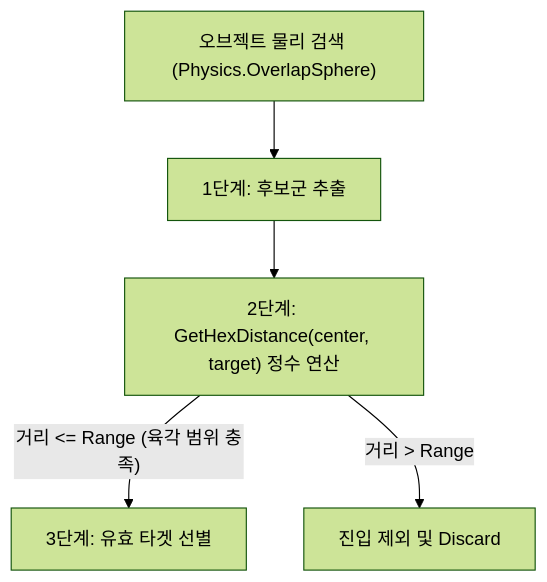
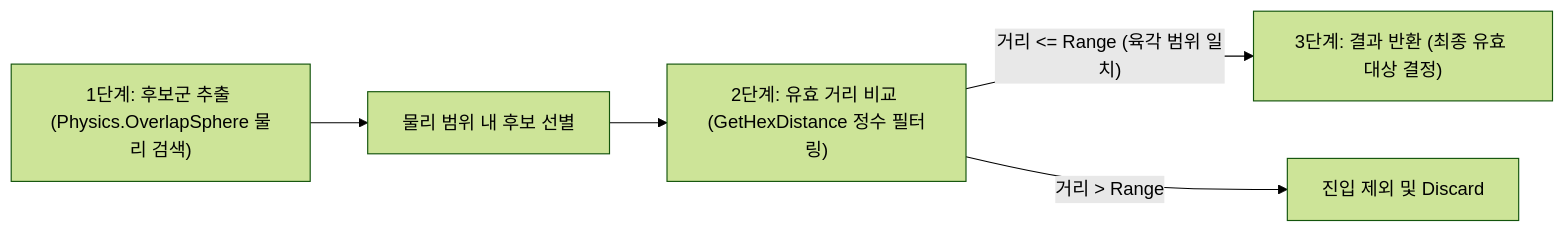
Before and after one commit to WhiteAppleKo/Portfolio: the fourth of 5 diagrams in portfolio/project4/README.md, drawn with Mermaid (forest theme). The commit also changed other lines of this file and 22 other files, not shown here.

````diff
--- a/portfolio/project4/README.md
+++ b/portfolio/project4/README.md
@@ -116,7 +238,7 @@
 ```mermaid
-flowchart TD
-    Start["오브젝트 물리 검색 (Physics.OverlapSphere)"] --> Candidates["1단계: 후보군 추출"]
-    Candidates --> DistanceFilter["2단계: GetHexDistance(center, target) 정수 연산"]
-    DistanceFilter -->|"거리 <= Range (육각 범위 충족)"| Match["3단계: 유효 타겟 선별"]
+flowchart LR
+    Start["1단계: 후보군 추출 (Physics.OverlapSphere 물리 검색)"] --> Candidates["물리 범위 내 후보 선별"]
+    Candidates --> DistanceFilter["2단계: 유효 거리 비교 (GetHexDistance 정수 필터링)"]
+    DistanceFilter -->|"거리 <= Range (육각 범위 일치)"| Match["3단계: 결과 반환 (최종 유효 대상 결정)"]
     DistanceFilter -->|"거리 > Range"| Discard["진입 제외 및 Discard"]
 ```
````
